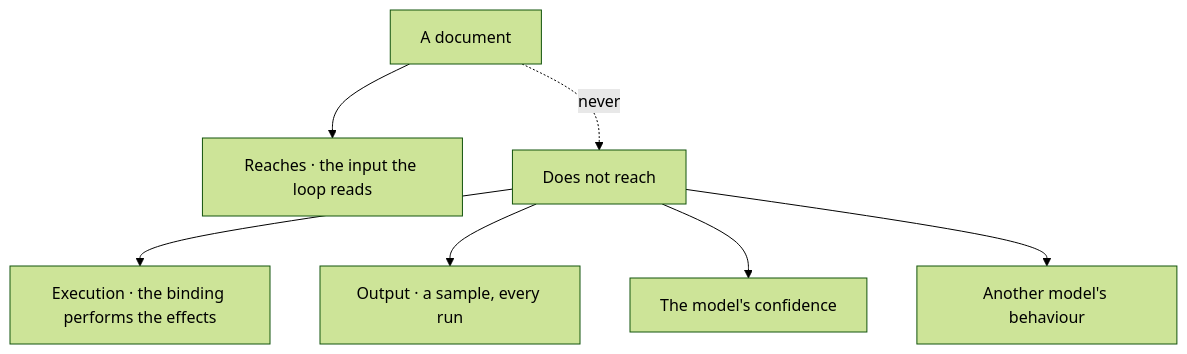
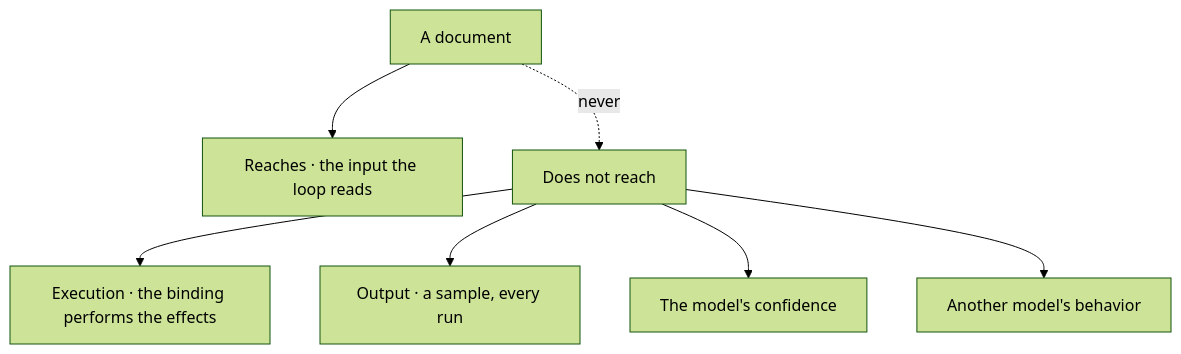
Before and after one commit to Varietyz/Disciplined-AI-Software-Development: the third of 4 diagrams in pag/VALIDATION.md, drawn with Mermaid (forest theme). The commit also changed other lines of this file and 672 other files, not shown here.

````diff
--- a/pag/VALIDATION.md
+++ b/pag/VALIDATION.md
@@ -165,16 +165,16 @@
 ```mermaid
 flowchart TB
 doc["A document"]
 reaches["Reaches · the input the loop reads"]
 not["Does not reach"]
 exec["Execution · the binding performs the effects"]
 out["Output · a sample, every run"]
 inner["The model's confidence"]
-other["Another model's behaviour"]
+other["Another model's behavior"]
 doc --> reaches
 doc -. never .-> not
 not --> exec
 not --> out
 not --> inner
 not --> other
 ```
````
